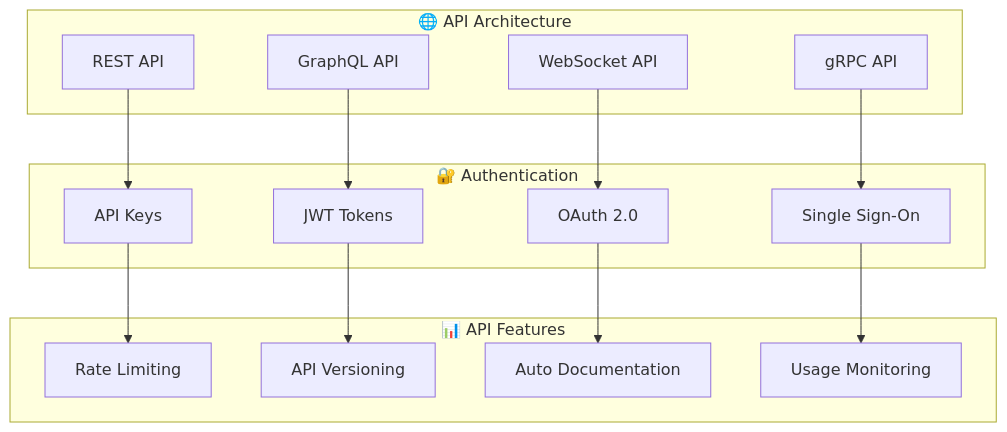
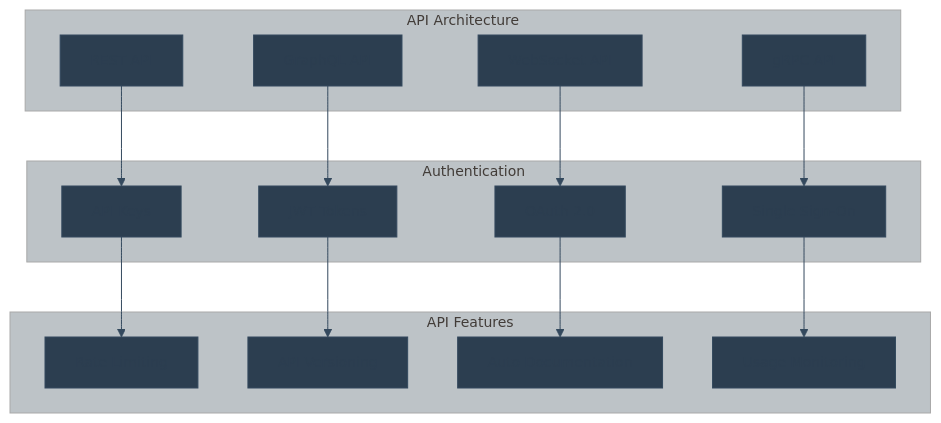
The fifth of 10 diagrams in docs/ROADMAP.md (khaosans/basic-chat), drawn with Mermaid before and after one commit. The commit also changed other lines of this file and 10 other files, not shown here.

````diff
--- a/docs/ROADMAP.md
+++ b/docs/ROADMAP.md
@@ -226,33 +226,34 @@
 ```mermaid
+%%{init: {'theme': 'base', 'themeVariables': { 'fontSize': '14px', 'fontFamily': 'arial', 'primaryColor': '#2c3e50', 'primaryTextColor': '#2c3e50', 'primaryBorderColor': '#34495e', 'lineColor': '#34495e', 'secondaryColor': '#ecf0f1', 'tertiaryColor': '#bdc3c7'}}}%%
 graph TB
-    subgraph "🌐 API Architecture"
+    subgraph "API Architecture"
         REST[REST API]
         GRAPHQL[GraphQL API]
         WEBSOCKET[WebSocket API]
         GRPC[gRPC API]
     end
     
-    subgraph "🔐 Authentication"
+    subgraph "Authentication"
         API_KEYS[API Keys]
         JWT[JWT Tokens]
         OAUTH[OAuth 2.0]
         SSO[Single Sign-On]
     end
     
-    subgraph "📊 API Features"
+    subgraph "API Features"
         RATE_LIMITING[Rate Limiting]
         VERSIONING[API Versioning]
         DOCUMENTATION[Auto Documentation]
         MONITORING[Usage Monitoring]
     end
     
     REST --> API_KEYS
     GRAPHQL --> JWT
     WEBSOCKET --> OAUTH
     GRPC --> SSO
     
     API_KEYS --> RATE_LIMITING
     JWT --> VERSIONING
     OAUTH --> DOCUMENTATION
     SSO --> MONITORING
 ```
````
